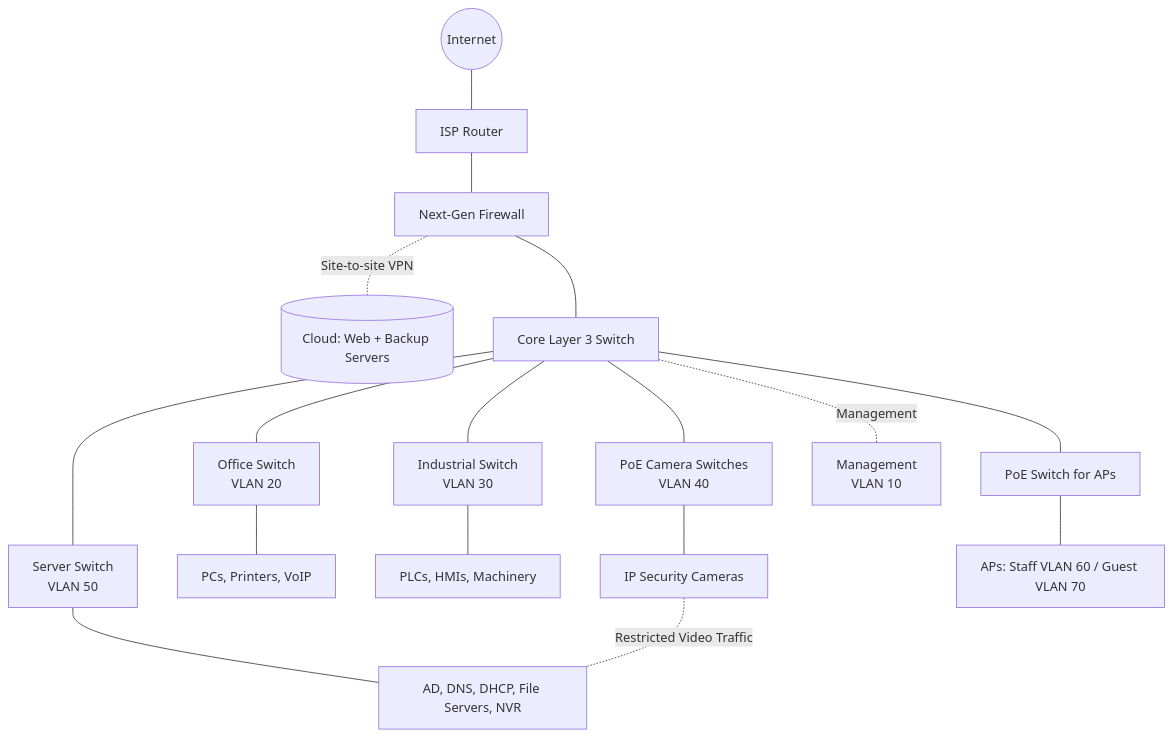
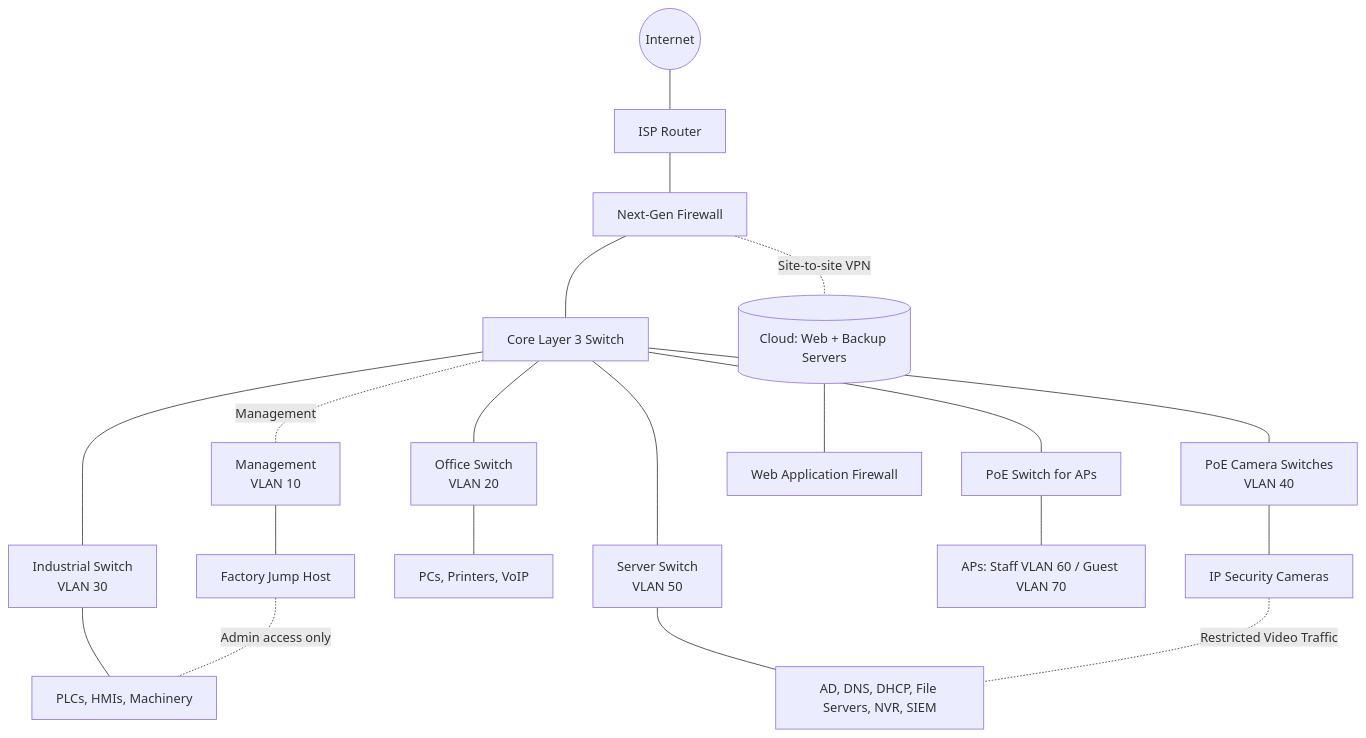
One commit to Ctmuller/IS355_GroupProject changed the diagram in Project_Draft.md. Above: the diagram before and after it, drawn with Mermaid. The commit also changed other lines of this file, not shown here.

````diff
--- a/Project_Draft.md
+++ b/Project_Draft.md
@@ -304,23 +309,26 @@
 ```mermaid
 flowchart TB
     INET((Internet)) --- ISP[ISP Router]
     ISP --- FW[Next-Gen Firewall]
     FW -. Site-to-site VPN .- CLOUD[(Cloud: Web + Backup Servers)]
     FW --- CORE[Core Layer 3 Switch]
 
     CORE --- OFF["Office Switch<br/>VLAN 20"]
     CORE --- FAC["Industrial Switch<br/>VLAN 30"]
     CORE --- CAM["PoE Camera Switches<br/>VLAN 40"]
     CORE --- WIFI[PoE Switch for APs]
     CORE --- SRV["Server Switch<br/>VLAN 50"]
 
     CORE -. Management .- MGMT["Management<br/>VLAN 10"]
 
     OFF --- OFFD[PCs, Printers, VoIP]
     FAC --- FACD[PLCs, HMIs, Machinery]
     CAM --- CAMD[IP Security Cameras]
     WIFI --- APS["APs: Staff VLAN 60 / Guest VLAN 70"]
-    SRV --- SRVD["AD, DNS, DHCP, File Servers, NVR"]
+    SRV --- SRVD["AD, DNS, DHCP, File Servers, NVR, SIEM"]
+    MGMT --- JH["Factory Jump Host"]
+    JH -. Admin access only .- FACD
+    CLOUD --- WAF[Web Application Firewall]
 
     CAMD -. Restricted Video Traffic .- SRVD
 ```
````
